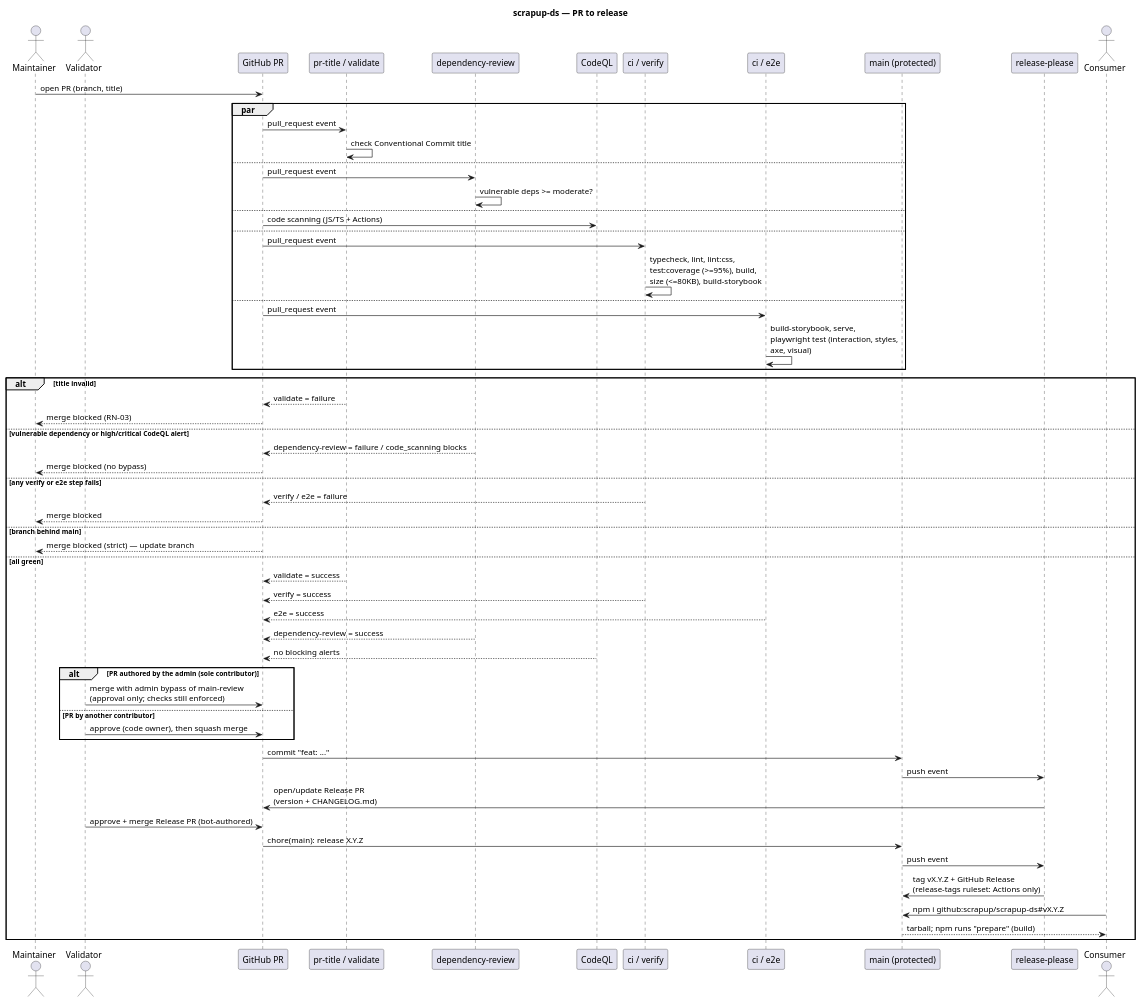
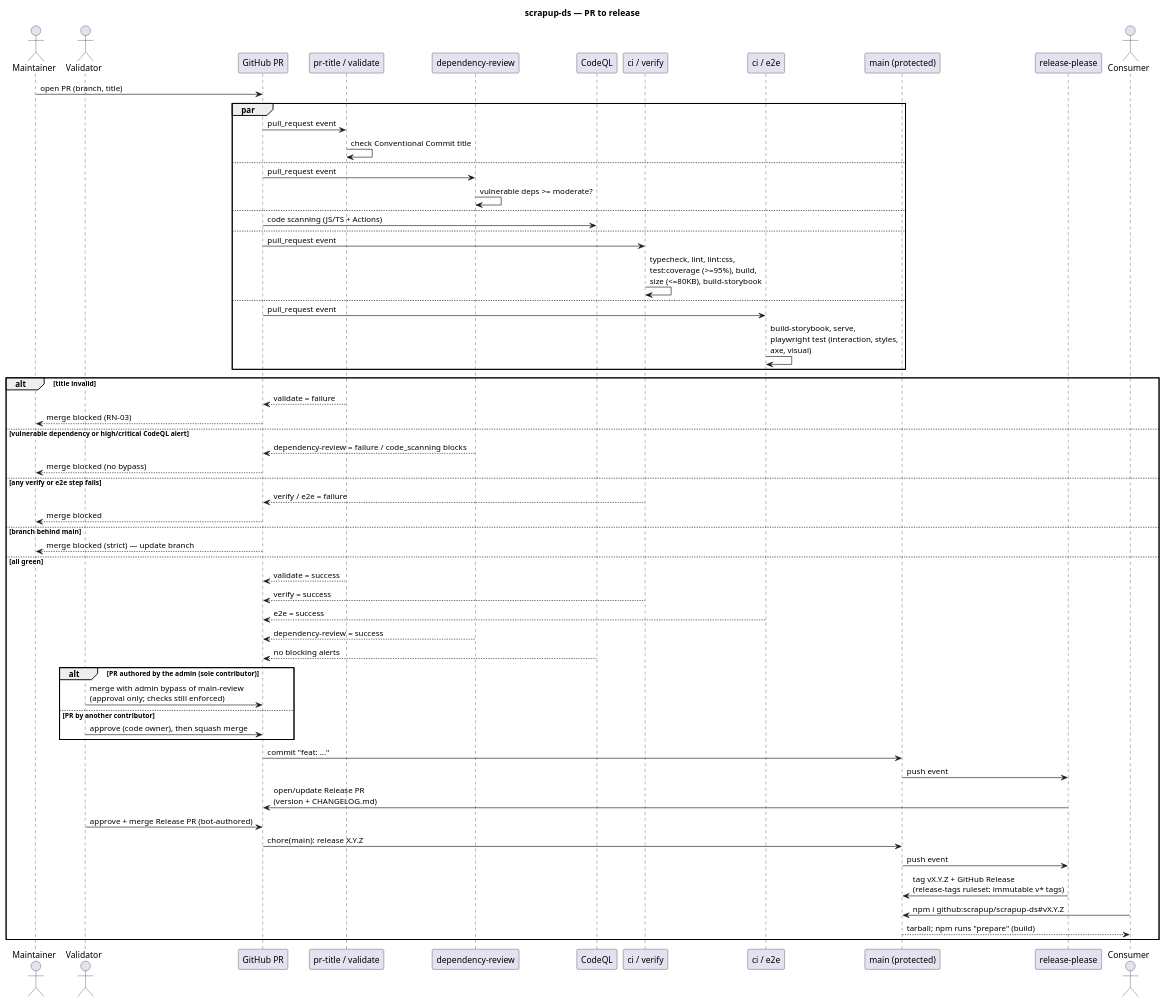
One commit to scrapup/scrapup-ds changed the third of 3 diagrams in docs/specs/design-system-foundation/plan.md. Above: the diagram before and after it, drawn with PlantUML. The commit also changed other lines of this file and 6 other files, not shown here.

First line of the commit message:
docs(specs): align release-tags ruleset and bootstrap criteria with platform limits (#5)

````diff
--- a/docs/specs/design-system-foundation/plan.md
+++ b/docs/specs/design-system-foundation/plan.md
@@ -143,65 +143,65 @@
 ```plantuml
 @startuml seq-release
 title scrapup-ds — PR to release
 actor Maintainer
 actor Validator
 participant "GitHub PR" as PR
 participant "pr-title / validate" as PT
 participant "dependency-review" as DR
 participant "CodeQL" as CQ
 participant "ci / verify" as CI
 participant "ci / e2e" as E2E
 participant "main (protected)" as Main
 participant "release-please" as RP
 actor Consumer
 
 Maintainer -> PR : open PR (branch, title)
 par
   PR -> PT : pull_request event
   PT -> PT : check Conventional Commit title
 else
   PR -> DR : pull_request event
   DR -> DR : vulnerable deps >= moderate?
 else
   PR -> CQ : code scanning (JS/TS + Actions)
 else
   PR -> CI : pull_request event
   CI -> CI : typecheck, lint, lint:css,\ntest:coverage (>=95%), build,\nsize (<=80KB), build-storybook
 else
   PR -> E2E : pull_request event
   E2E -> E2E : build-storybook, serve,\nplaywright test (interaction, styles,\naxe, visual)
 end
 alt title invalid
   PT --> PR : validate = failure
   PR --> Maintainer : merge blocked (RN-03)
 else vulnerable dependency or high/critical CodeQL alert
   DR --> PR : dependency-review = failure / code_scanning blocks
   PR --> Maintainer : merge blocked (no bypass)
 else any verify or e2e step fails
   CI --> PR : verify / e2e = failure
   PR --> Maintainer : merge blocked
 else branch behind main
   PR --> Maintainer : merge blocked (strict) — update branch
 else all green
   PT --> PR : validate = success
   CI --> PR : verify = success
   E2E --> PR : e2e = success
   DR --> PR : dependency-review = success
   CQ --> PR : no blocking alerts
   alt PR authored by the admin (sole contributor)
     Validator -> PR : merge with admin bypass of main-review\n(approval only; checks still enforced)
   else PR by another contributor
     Validator -> PR : approve (code owner), then squash merge
   end
   PR -> Main : commit "feat: ..."
   Main -> RP : push event
   RP -> PR : open/update Release PR\n(version + CHANGELOG.md)
   Validator -> PR : approve + merge Release PR (bot-authored)
   PR -> Main : chore(main): release X.Y.Z
   Main -> RP : push event
-  RP -> Main : tag vX.Y.Z + GitHub Release\n(release-tags ruleset: Actions only)
+  RP -> Main : tag vX.Y.Z + GitHub Release\n(release-tags ruleset: immutable v* tags)
   Consumer -> Main : npm i github:scrapup/scrapup-ds#vX.Y.Z
   Main --> Consumer : tarball; npm runs "prepare" (build)
 end
 @enduml
 ```
````
